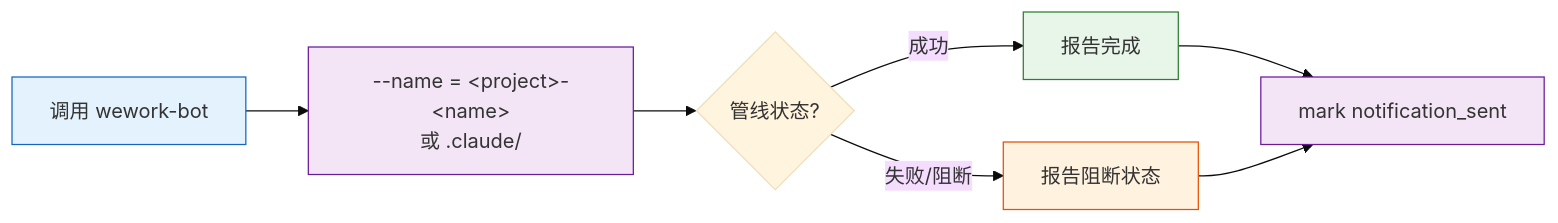
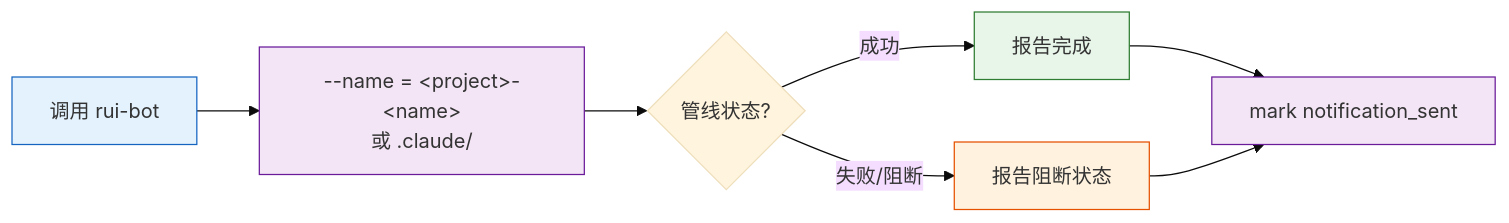
One commit to effiy/YrY changed the fifth of 10 diagrams in rules/delivery-gate.md. Above: the diagram before and after it, drawn with Mermaid (base theme). The commit also changed other lines of this file and 41 other files, not shown here.

````diff
--- a/rules/delivery-gate.md
+++ b/rules/delivery-gate.md
@@ -141,14 +141,14 @@
 ```mermaid
 flowchart LR
-    CALL["调用 wework-bot"]:::step --> NAME["--name = &lt;project&gt;-&lt;name&gt;<br/>或 .claude/"]:::param
+    CALL["调用 rui-bot"]:::step --> NAME["--name = &lt;project&gt;-&lt;name&gt;<br/>或 .claude/"]:::param
     NAME --> CH{"管线状态?"}
     CH -->|"成功"| OK["报告完成"]:::ok
     CH -->|"失败/阻断"| FAIL["报告阻断状态"]:::warn
     OK & FAIL --> MARK["mark notification_sent"]:::mark
 
     classDef step fill:#e3f2fd,stroke:#1565c0;
     classDef param fill:#f3e5f5,stroke:#6a1b9a;
     classDef ok fill:#e8f5e9,stroke:#2e7d32;
     classDef warn fill:#fff3e0,stroke:#e65100;
     classDef mark fill:#f3e5f5,stroke:#6a1b9a;
 ```
````
